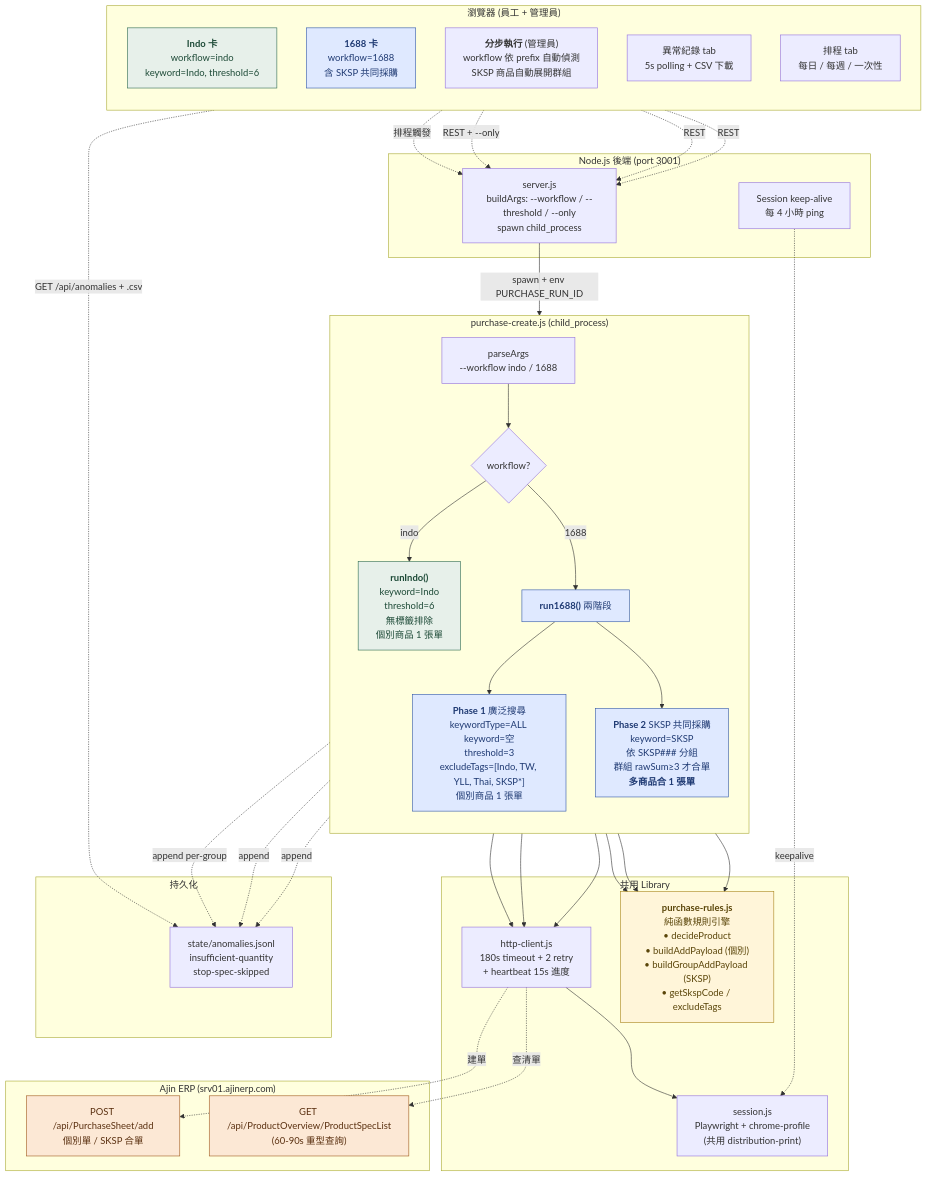
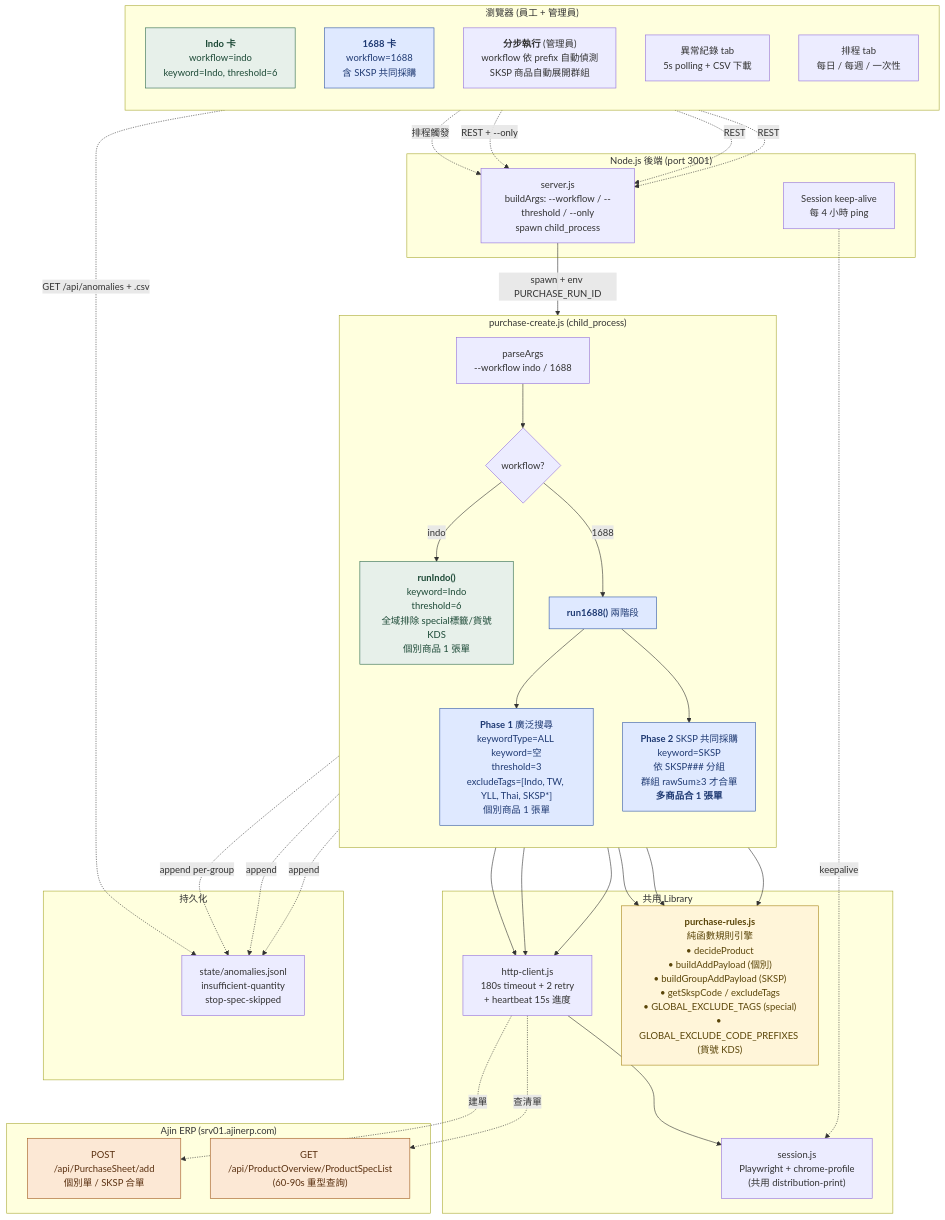
The first of 4 diagrams in README.md (mamiclores-cloud/Justin-ERP-purchase), drawn with Mermaid before and after one commit. The commit also changed other lines of this file and 2 other files, not shown here.

First line of the commit message:
feat(rules): 全域不訂購 — special 標籤 + KDS 貨號前綴

````diff
--- a/README.md
+++ b/README.md
@@ -37,70 +43,70 @@
 ```mermaid
 graph TB
     subgraph Browser["瀏覽器 (員工 + 管理員)"]
         direction TB
         CARD_INDO["<b>Indo 卡</b><br/>workflow=indo<br/>keyword=Indo, threshold=6"]
         CARD_1688["<b>1688 卡</b><br/>workflow=1688<br/>含 SKSP 共同採購"]
         STEP["<b>分步執行</b> (管理員)<br/>workflow 依 prefix 自動偵測<br/>SKSP 商品自動展開群組"]
         ANOM_TAB["異常紀錄 tab<br/>5s polling + CSV 下載"]
         SCHED_TAB["排程 tab<br/>每日 / 每週 / 一次性"]
     end
 
     subgraph Server["Node.js 後端 (port 3001)"]
         SRV["server.js<br/>buildArgs: --workflow / --threshold / --only<br/>spawn child_process"]
         KEEP["Session keep-alive<br/>每 4 小時 ping"]
     end
 
     subgraph CLI["purchase-create.js (child_process)"]
         direction TB
         ENTRY["parseArgs<br/>--workflow indo / 1688"]
         ENTRY --> BRANCH{workflow?}
-        BRANCH -->|indo| RIN["<b>runIndo()</b><br/>keyword=Indo<br/>threshold=6<br/>無標籤排除<br/>個別商品 1 張單"]
+        BRANCH -->|indo| RIN["<b>runIndo()</b><br/>keyword=Indo<br/>threshold=6<br/>全域排除 special標籤/貨號KDS<br/>個別商品 1 張單"]
         BRANCH -->|1688| R88["<b>run1688()</b> 兩階段"]
         R88 --> P1["<b>Phase 1</b> 廣泛搜尋<br/>keywordType=ALL keyword=空<br/>threshold=3<br/>excludeTags=[Indo, TW, YLL, Thai, SKSP*]<br/>個別商品 1 張單"]
         R88 --> P2["<b>Phase 2</b> SKSP 共同採購<br/>keyword=SKSP<br/>依 SKSP### 分組<br/>群組 rawSum≥3 才合單<br/><b>多商品合 1 張單</b>"]
     end
 
     subgraph Lib["共用 Library"]
-        RULE["<b>purchase-rules.js</b><br/>純函數規則引擎<br/>• decideProduct<br/>• buildAddPayload (個別)<br/>• buildGroupAddPayload (SKSP)<br/>• getSkspCode / excludeTags"]
+        RULE["<b>purchase-rules.js</b><br/>純函數規則引擎<br/>• decideProduct<br/>• buildAddPayload (個別)<br/>• buildGroupAddPayload (SKSP)<br/>• getSkspCode / excludeTags<br/>• GLOBAL_EXCLUDE_TAGS (special)<br/>• GLOBAL_EXCLUDE_CODE_PREFIXES (貨號 KDS)"]
         HTTP["http-client.js<br/>180s timeout + 2 retry<br/>+ heartbeat 15s 進度"]
         SES["session.js<br/>Playwright + chrome-profile<br/>(共用 distribution-print)"]
     end
 
     subgraph State["持久化"]
         ANOM["state/anomalies.jsonl<br/>insufficient-quantity<br/>stop-spec-skipped"]
     end
 
     subgraph ERP["Ajin ERP (srv01.ajinerp.com)"]
         PSL["GET /api/ProductOverview/ProductSpecList<br/>(60-90s 重型查詢)"]
         ADD["POST /api/PurchaseSheet/add<br/>個別單 / SKSP 合單"]
     end
 
     CARD_INDO -.->|REST| SRV
     CARD_1688 -.->|REST| SRV
     STEP -.->|REST + --only| SRV
     SCHED_TAB -.->|排程觸發| SRV
     SRV -->|spawn + env PURCHASE_RUN_ID| ENTRY
     RIN --> RULE
     P1 --> RULE
     P2 --> RULE
     RIN --> HTTP
     P1 --> HTTP
     P2 --> HTTP
     HTTP --> SES
     HTTP -.->|查清單| PSL
     HTTP -.->|建單| ADD
     RIN -.->|append| ANOM
     P1 -.->|append| ANOM
     P2 -.->|append per-group| ANOM
     ANOM_TAB -.->|GET /api/anomalies + .csv| ANOM
     KEEP -.->|keepalive| SES
 
     classDef indo fill:#e7f0ea,stroke:#2d6a4f,color:#1d4a37
     classDef p1688 fill:#dfe9ff,stroke:#3056a8,color:#1f3a73
     classDef api fill:#fce8d5,stroke:#a05a1d,color:#5a3010
     classDef rule fill:#fff5d9,stroke:#a8851a,color:#5a4509
     class CARD_INDO,RIN indo
     class CARD_1688,R88,P1,P2 p1688
     class PSL,ADD api
     class RULE rule
 ```
````
